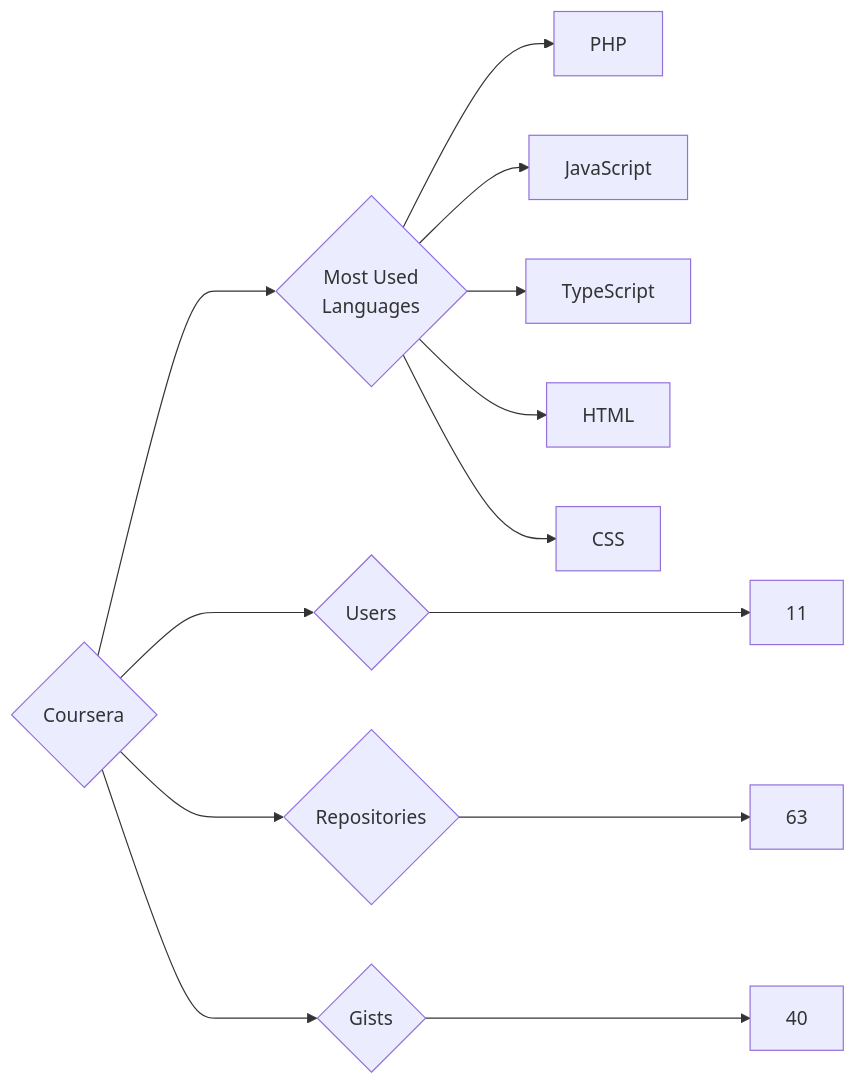
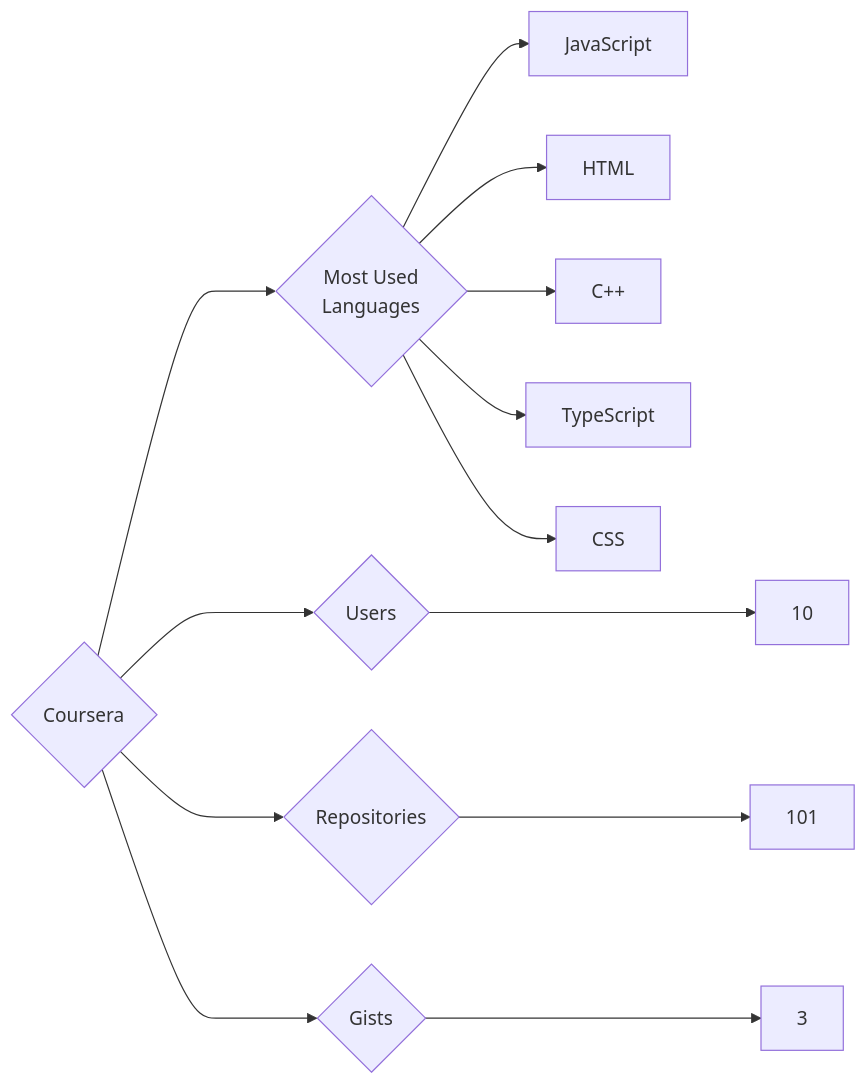
Before and after one commit to trickest/insiders: the diagram in targets/Coursera/README.md, drawn with Mermaid. The commit also changed 1078 other files, not shown here.

````diff
--- a/targets/Coursera/README.md
+++ b/targets/Coursera/README.md
@@ -3,13 +3,13 @@
 ```mermaid
 graph LR
 COMPANY_NAME{Coursera}
-COMPANY_NAME ---> U{Users} ---> UN[11]
-COMPANY_NAME ---> R{Repositories} ---> RN[63]
-COMPANY_NAME ---> G{Gists} ---> GN[40]
+COMPANY_NAME ---> U{Users} ---> UN[10]
+COMPANY_NAME ---> R{Repositories} ---> RN[101]
+COMPANY_NAME ---> G{Gists} ---> GN[3]
 COMPANY_NAME ---> ML{Most Used<br>Languages}
-ML --> PHP[PHP]
 ML --> JavaScript[JavaScript]
+ML --> HTML[HTML]
+ML --> C++[C++]
 ML --> TypeScript[TypeScript]
-ML --> HTML[HTML]
 ML --> CSS[CSS]
 ```
````
